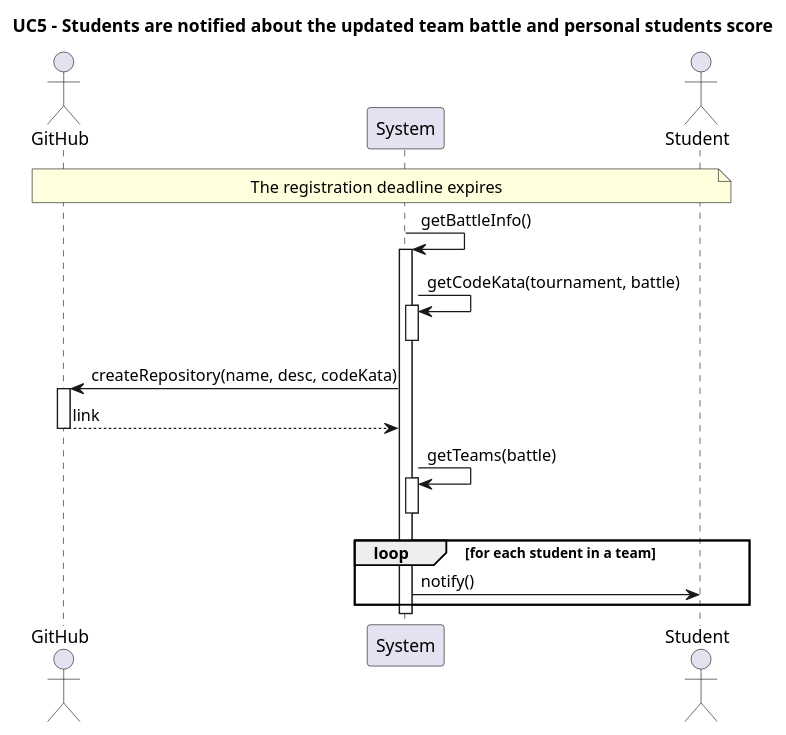
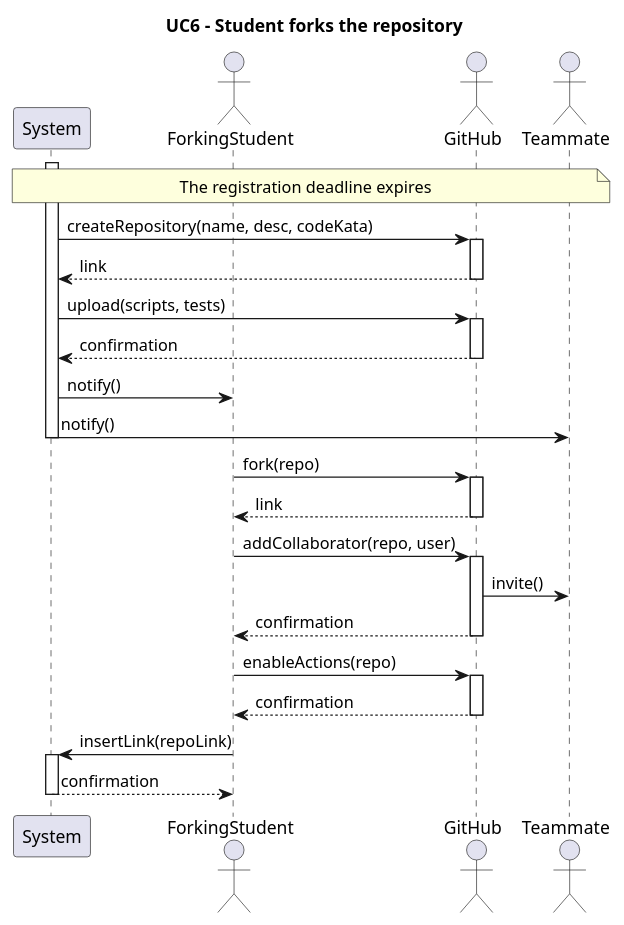
The diagram in rasd/puml/UC6.puml (Furrrlo/CodeKataBattle), drawn with PlantUML before and after one commit. The commit also changed 1 other file, not shown here.

Commit message:
Include repo fork in UC6

```diff
--- a/rasd/puml/UC6.puml
+++ b/rasd/puml/UC6.puml
@@ -1,31 +1,37 @@
-@startuml UC5
-title UC5 - Students are notified about the updated team battle and personal students score
+@startuml UC6
+title UC6 - Student forks the repository
+
+participant System
+actor ForkingStudent
+actor GitHub
+actor Teammate
+
+activate System
+note across: The registration deadline expires
+
+System -> GitHub ++: createRepository(name, desc, codeKata)
+GitHub --> System --: link
+
+System -> GitHub ++: upload(scripts, tests)
+GitHub --> System --: confirmation
+
+System -> ForkingStudent : notify()
+System -> Teammate : notify()
+
+deactivate System
+
+ForkingStudent -> GitHub ++ : fork(repo)
+GitHub --> ForkingStudent --: link
+
+ForkingStudent -> GitHub ++ : addCollaborator(repo, user)
+GitHub -> Teammate: invite()
+GitHub --> ForkingStudent -- : confirmation
 
 
+ForkingStudent -> GitHub ++: enableActions(repo)
+GitHub --> ForkingStudent --: confirmation
 
-actor GitHub
-participant System
-actor Student
-
-note across: The registration deadline expires
-
-System -> System ++: getBattleInfo()
-
-
-System -> System ++: getCodeKata(tournament, battle)
-deactivate System
-
-System -> GitHub ++: createRepository(name, desc, codeKata)
-GitHub --> System --: link 
-
-System -> System ++: getTeams(battle)
-deactivate System
-
-
-loop for each student in a team
-    System -> Student : notify()
-
-end
-deactivate System
+ForkingStudent -> System ++: insertLink(repoLink)
+System --> ForkingStudent --: confirmation
 
 @enduml
```
